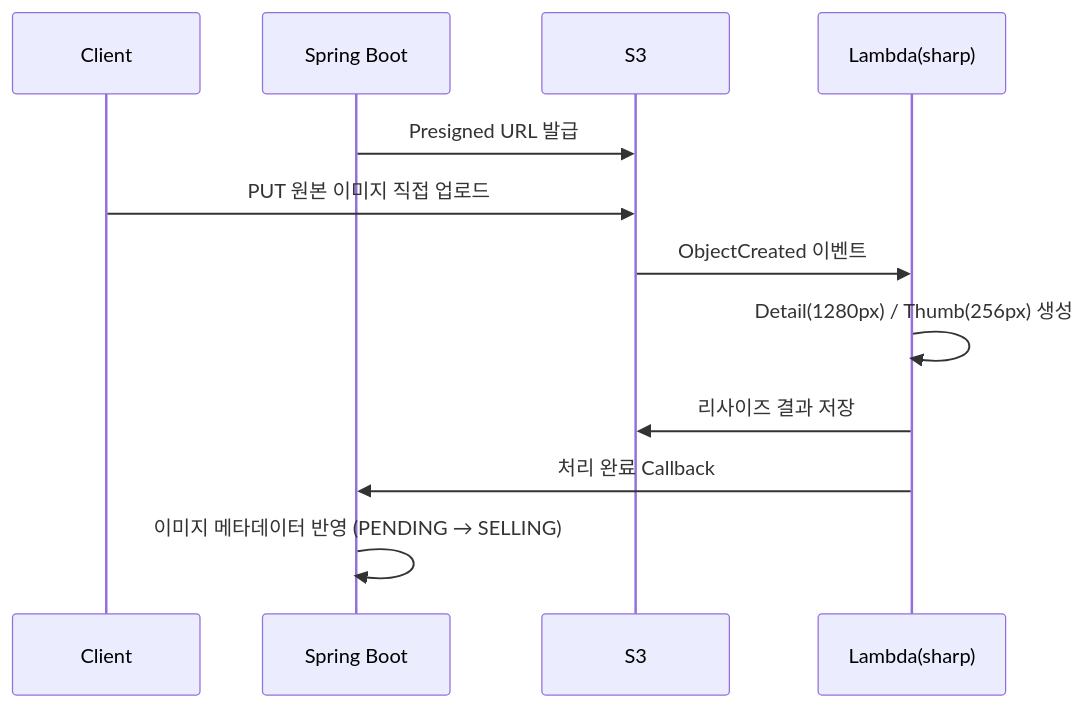
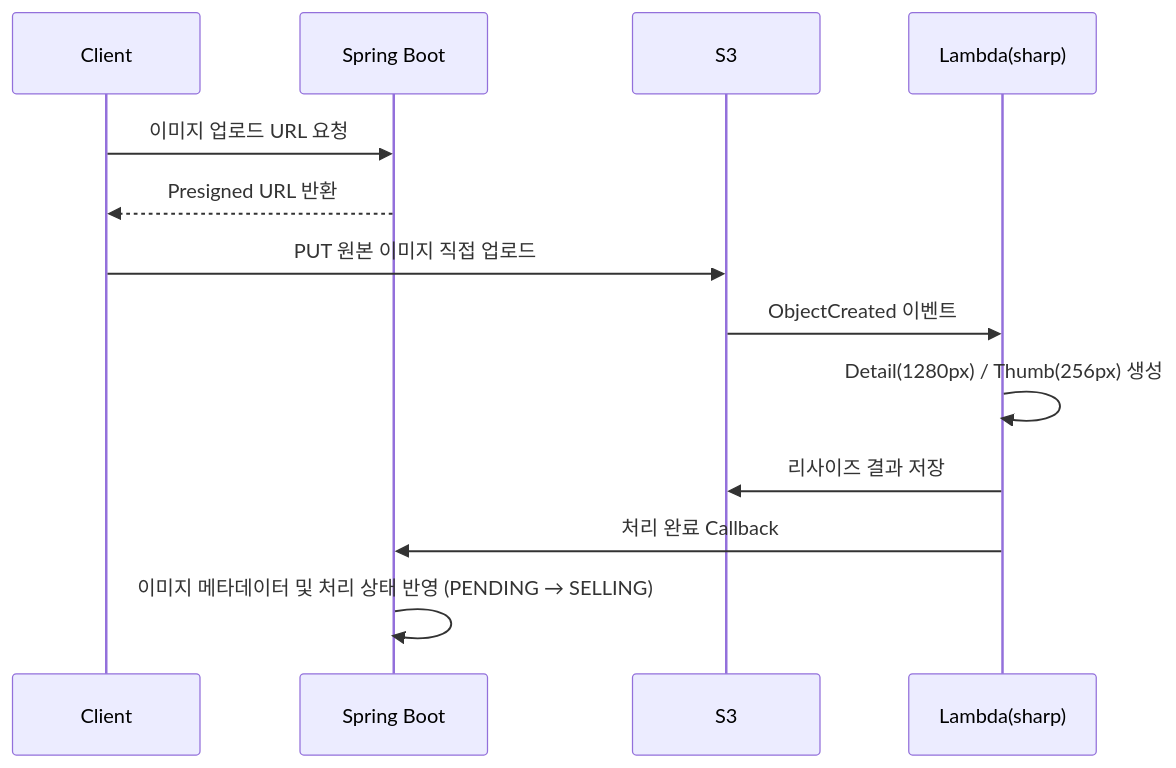
The second of 4 diagrams in architecture/low-cost-migration.md (cherry-market/cherry-architecture), drawn with Mermaid before and after one commit. The commit also changed other lines of this file, not shown here.

First line of the commit message:
docs: 상단 설명·트래픽 기준·이미지 시퀀스 정확도 수정

````diff
--- a/architecture/low-cost-migration.md
+++ b/architecture/low-cost-migration.md
@@ -74,15 +74,16 @@
 ```mermaid
 sequenceDiagram
     participant C as Client
     participant B as Spring Boot
     participant S3 as S3
     participant L as Lambda(sharp)
 
-    B->>S3: Presigned URL 발급
+    C->>B: 이미지 업로드 URL 요청
+    B-->>C: Presigned URL 반환
     C->>S3: PUT 원본 이미지 직접 업로드
     S3->>L: ObjectCreated 이벤트
     L->>L: Detail(1280px) / Thumb(256px) 생성
     L->>S3: 리사이즈 결과 저장
     L->>B: 처리 완료 Callback
-    B->>B: 이미지 메타데이터 반영 (PENDING → SELLING)
+    B->>B: 이미지 메타데이터 및 처리 상태 반영 (PENDING → SELLING)
 ```
````
